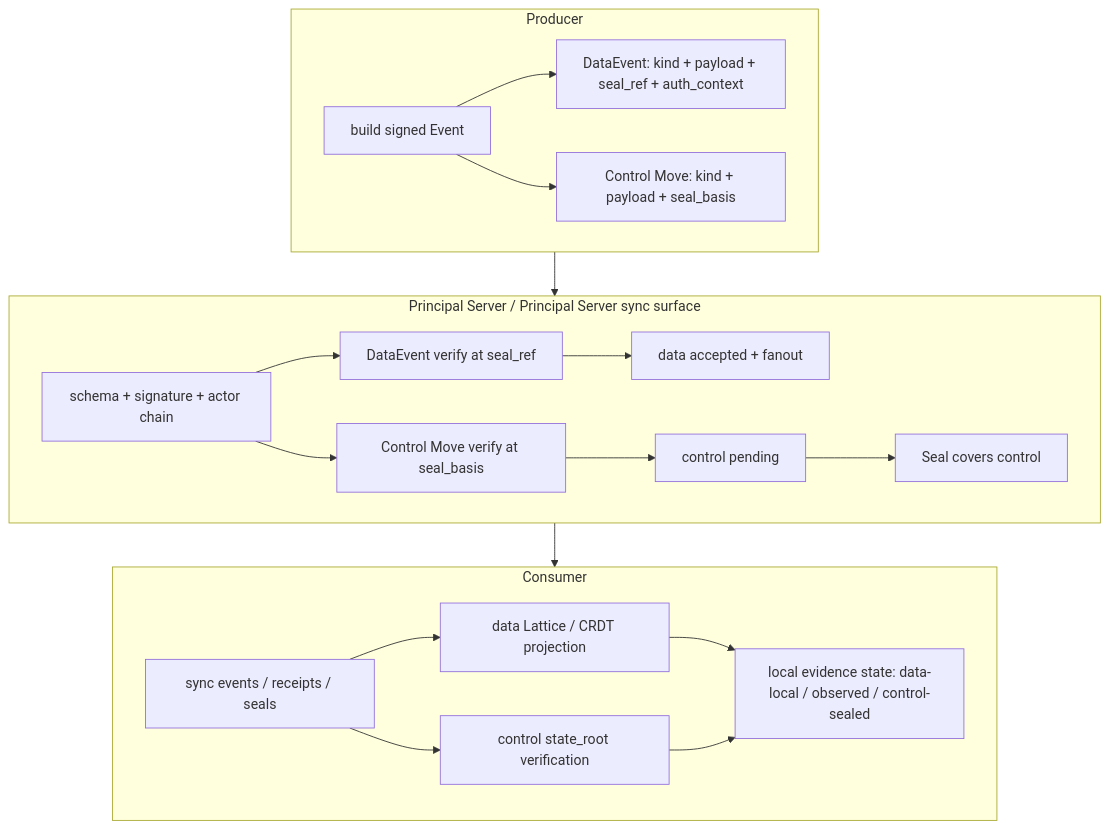
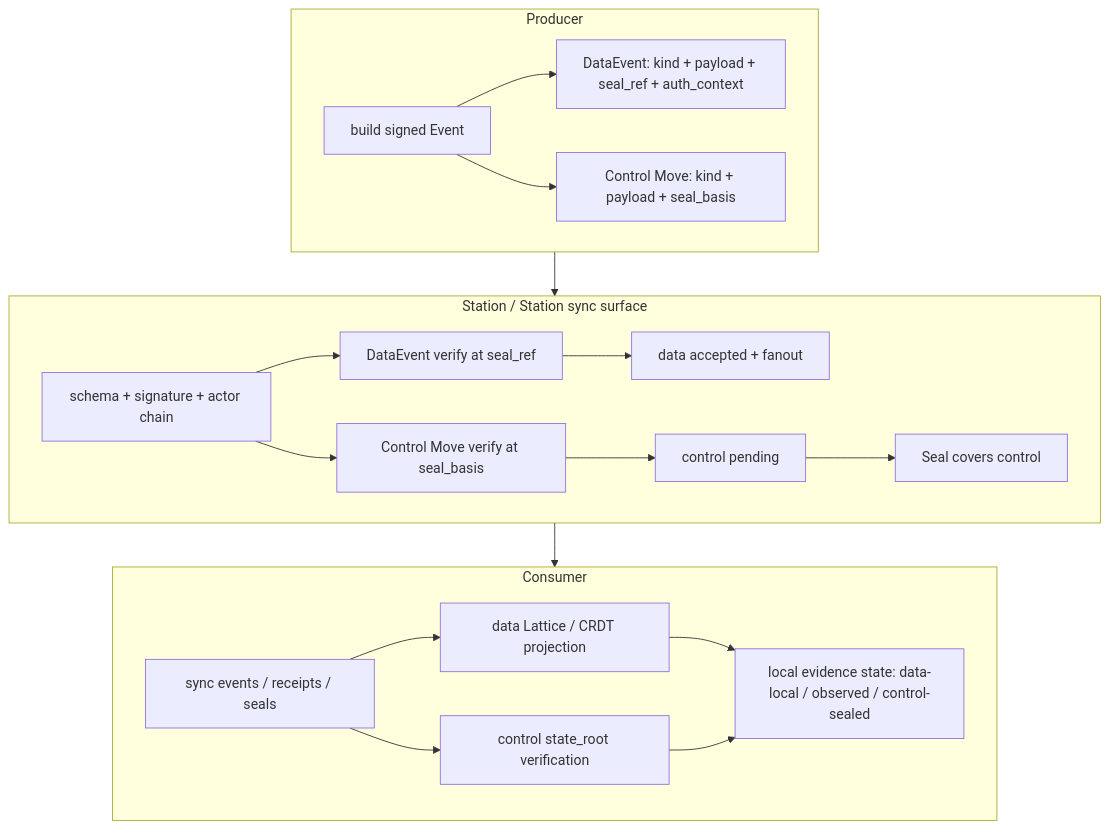
One commit to arkret-org/arkret-spec changed the diagram in spec/v1/zh/sync/operations-sync.md. Above: the diagram before and after it, drawn with Mermaid. The commit also changed other lines of this file and 201 other files, not shown here.

Commit message:
Migrate Principal Server role to Station

````diff
--- a/spec/v1/zh/sync/operations-sync.md
+++ b/spec/v1/zh/sync/operations-sync.md
@@ -148,32 +148,32 @@
 ```mermaid
 flowchart TB
     subgraph P ["Producer"]
         P1["build signed Event"]
         P2["DataEvent: kind + payload + seal_ref + auth_context"]
         P3["Control Move: kind + payload + seal_basis"]
         P1 --> P2
         P1 --> P3
     end
 
-    subgraph S ["Principal Server / Principal Server sync surface"]
+    subgraph S ["Station / Station sync surface"]
         S1["schema + signature + actor chain"]
         S2["DataEvent verify at seal_ref"]
         S3["Control Move verify at seal_basis"]
         S4["data accepted + fanout"]
         S5["control pending"]
         S6["Seal covers control"]
         S1 --> S2 --> S4
         S1 --> S3 --> S5 --> S6
     end
 
     subgraph C ["Consumer"]
         C1["sync events / receipts / seals"]
         C2["data Lattice / CRDT projection"]
         C3["control state_root verification"]
         C4["local evidence state: data-local / observed / control-sealed"]
         C1 --> C2 --> C4
         C1 --> C3 --> C4
     end
 
     P --> S --> C
 ```
````
